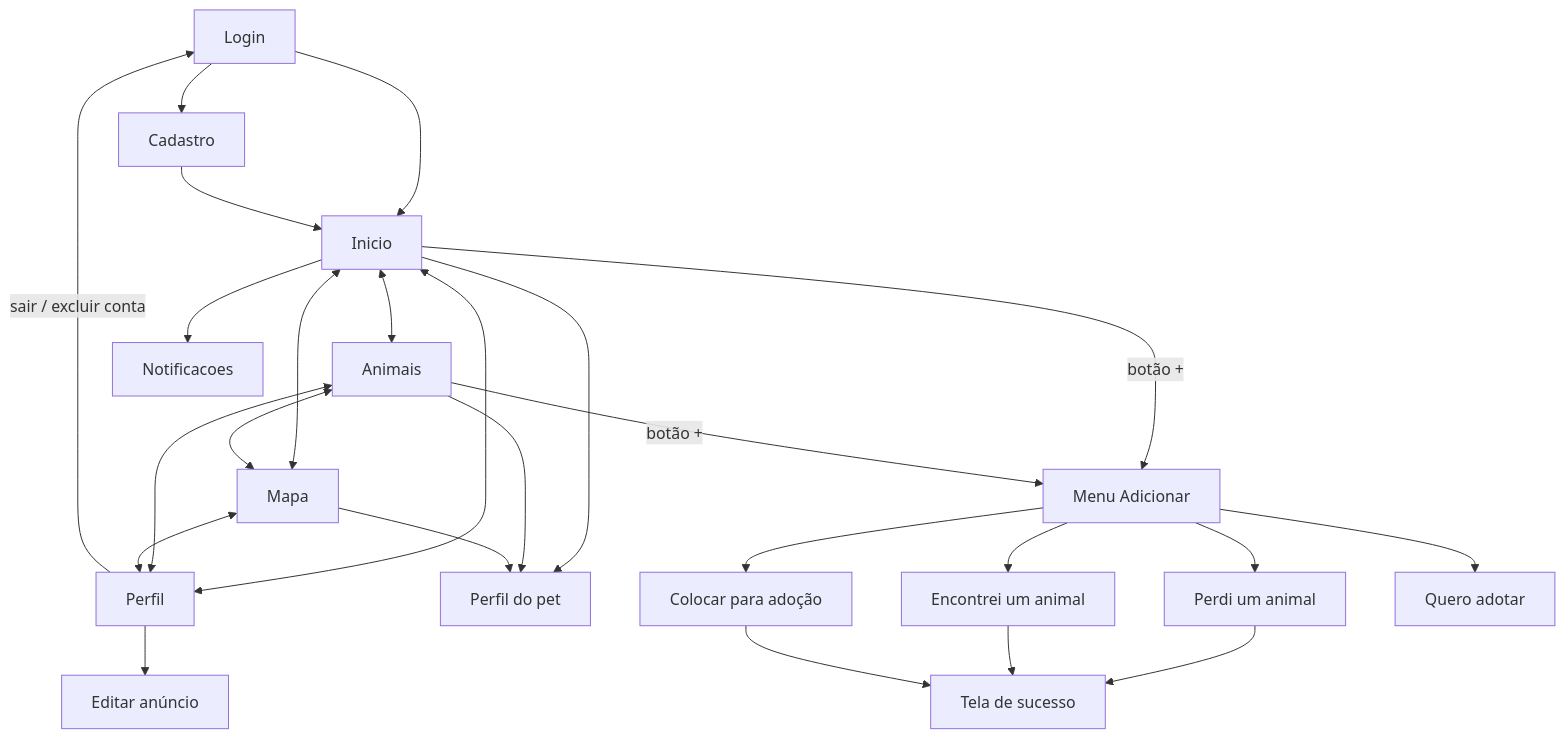
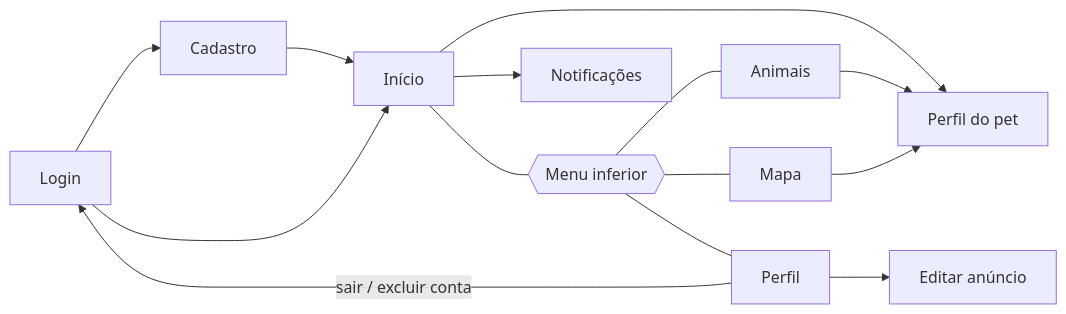
One commit to shandriasarah/help-pet changed the second of 3 diagrams in docs/arquitetura.md. Above: the diagram before and after it, drawn with Mermaid. The commit also changed other lines of this file, not shown here.

Commit message:
Divide o diagrama de navegacao em dois

````diff
--- a/docs/arquitetura.md
+++ b/docs/arquitetura.md
@@ -76,31 +78,15 @@
 ```mermaid
-flowchart TD
-    Login --> Cadastro
+flowchart LR
+    Login --> Cadastro --> Inicio[Início]
     Login --> Inicio
-    Cadastro --> Inicio
-
-    Inicio <--> Animais
-    Inicio <--> Mapa
-    Inicio <--> Perfil
-    Animais <--> Mapa
-    Animais <--> Perfil
-    Mapa <--> Perfil
-
-    Inicio --> Notificacoes
+    Inicio --- Menu{{Menu inferior}}
+    Menu --- Animais
+    Menu --- Mapa
+    Menu --- Perfil
+    Inicio --> Notificacoes[Notificações]
     Inicio --> Detalhes[Perfil do pet]
     Animais --> Detalhes
     Mapa --> Detalhes
-
-    Inicio -- botão + --> Menu[Menu Adicionar]
-    Animais -- botão + --> Menu
-    Menu --> Perdi[Perdi um animal]
-    Menu --> Encontrei[Encontrei um animal]
-    Menu --> Adocao[Colocar para adoção]
-    Menu --> QueroAdotar[Quero adotar]
-    Perdi --> Publicado[Tela de sucesso]
-    Encontrei --> Publicado
-    Adocao --> Publicado
-
     Perfil --> Editar[Editar anúncio]
     Perfil -- sair / excluir conta --> Login
 ```
````
